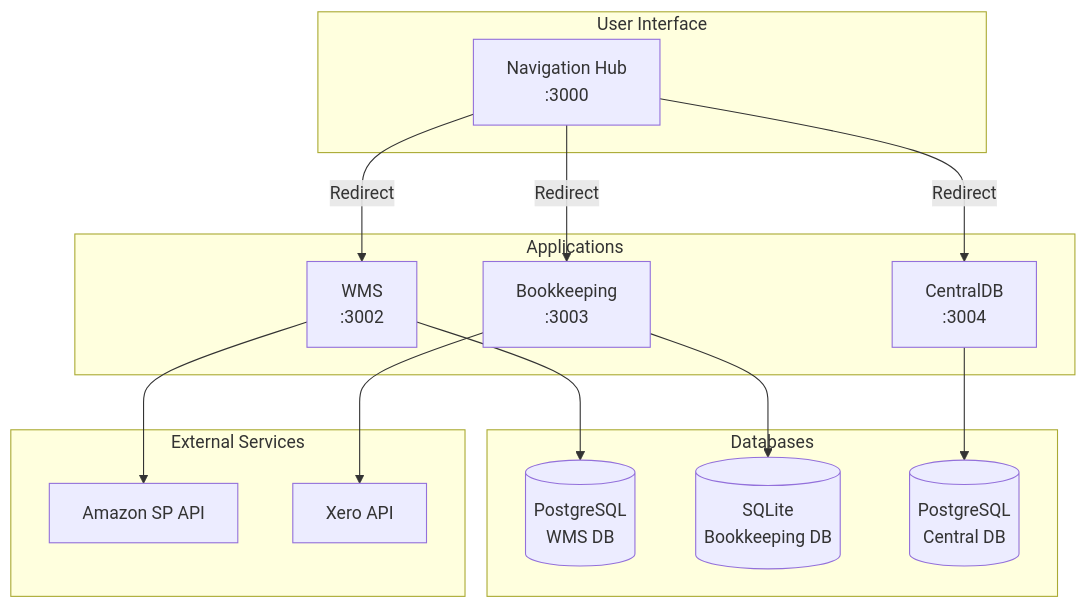
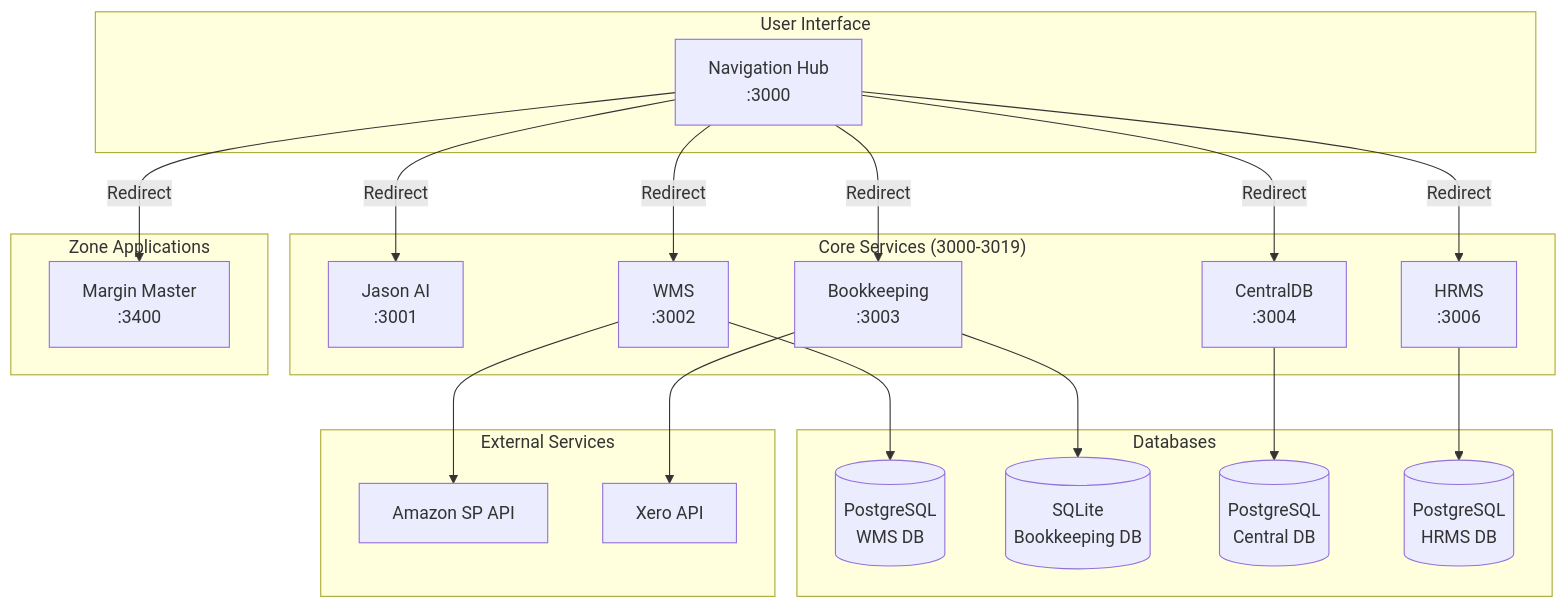
The diagram in docs/ARCHITECTURE.md (progami/ecom-os), drawn with Mermaid before and after one commit. The commit also changed other lines of this file and 16 other files, not shown here.

````diff
--- a/docs/ARCHITECTURE.md
+++ b/docs/ARCHITECTURE.md
@@ -5,34 +5,45 @@
 ```mermaid
 graph TB
     subgraph "User Interface"
         A[Navigation Hub<br/>:3000] 
     end
     
-    subgraph "Applications"
+    subgraph "Core Services (3000-3019)"
+        J[Jason AI<br/>:3001]
         B[WMS<br/>:3002]
         C[Bookkeeping<br/>:3003]
         D[CentralDB<br/>:3004]
+        K[HRMS<br/>:3006]
+    end
+    
+    subgraph "Zone Applications"
+        L[Margin Master<br/>:3400]
     end
     
     subgraph "Databases"
         E[(PostgreSQL<br/>WMS DB)]
         F[(SQLite<br/>Bookkeeping DB)]
         G[(PostgreSQL<br/>Central DB)]
+        M[(PostgreSQL<br/>HRMS DB)]
     end
     
     subgraph "External Services"
         H[Amazon SP API]
         I[Xero API]
     end
     
+    A -->|Redirect| J
     A -->|Redirect| B
     A -->|Redirect| C
     A -->|Redirect| D
+    A -->|Redirect| K
+    A -->|Redirect| L
     
     B --> E
     C --> F
     D --> G
+    K --> M
     
     B --> H
     C --> I
 ```
````
